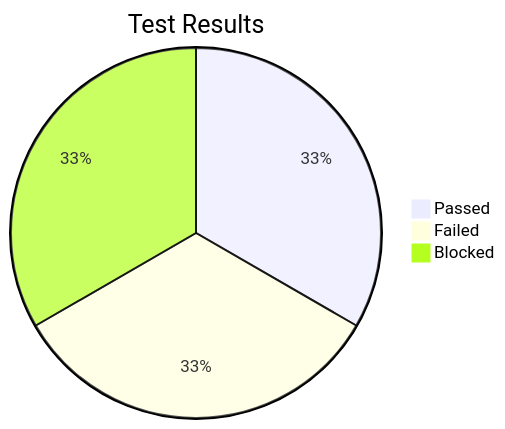
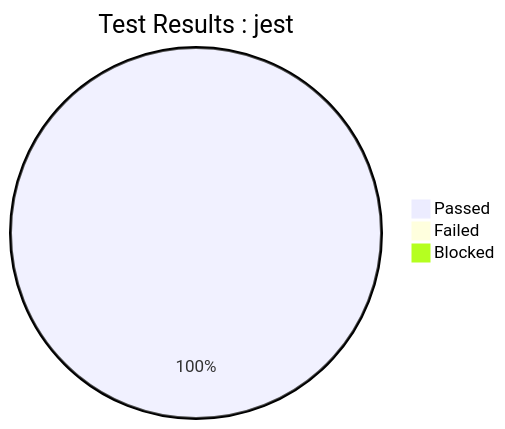
The second of 2 diagrams in Final_Test_Report.md (Nompie1993/Week-5-Group-Colaboration), drawn with Mermaid before and after one commit. The commit also changed other lines of this file, not shown here.

````diff
--- a/Final_Test_Report.md
+++ b/Final_Test_Report.md
@@ -251,7 +251,7 @@
 ```mermaid  
 pie  
-    title Test Results  
-    "Passed" : 1  
-    "Failed" :  1 
-    "Blocked" : 1  
+    title Test Results : jest 
+    "Passed" : 100  
+    "Failed" :  0 
+    "Blocked" : 0 
 ```  
````
